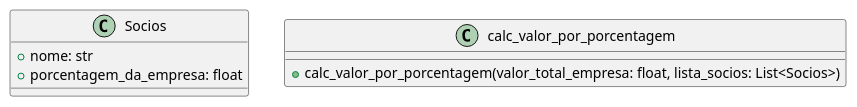
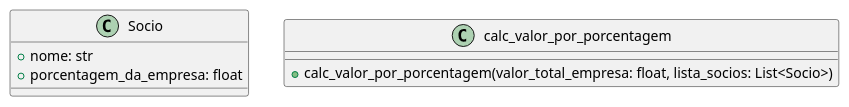
The fourth of 4 diagrams in exec1.plantuml (Lichwyy/exerciciosofteng2702), drawn with PlantUML before and after one commit. The commit also changed 3 other files, not shown here.

```diff
--- a/exec1.plantuml
+++ b/exec1.plantuml
@@ -54,13 +54,13 @@
 @startuml diagrama_de_classe
 
-class Socios {
+class Socio {
     + nome: str
     + porcentagem_da_empresa: float
 
 }
 
 class calc_valor_por_porcentagem {
-    + calc_valor_por_porcentagem(valor_total_empresa: float, lista_socios: List<Socios>)
+    + calc_valor_por_porcentagem(valor_total_empresa: float, lista_socios: List<Socio>)
 }
 
 @enduml
```
